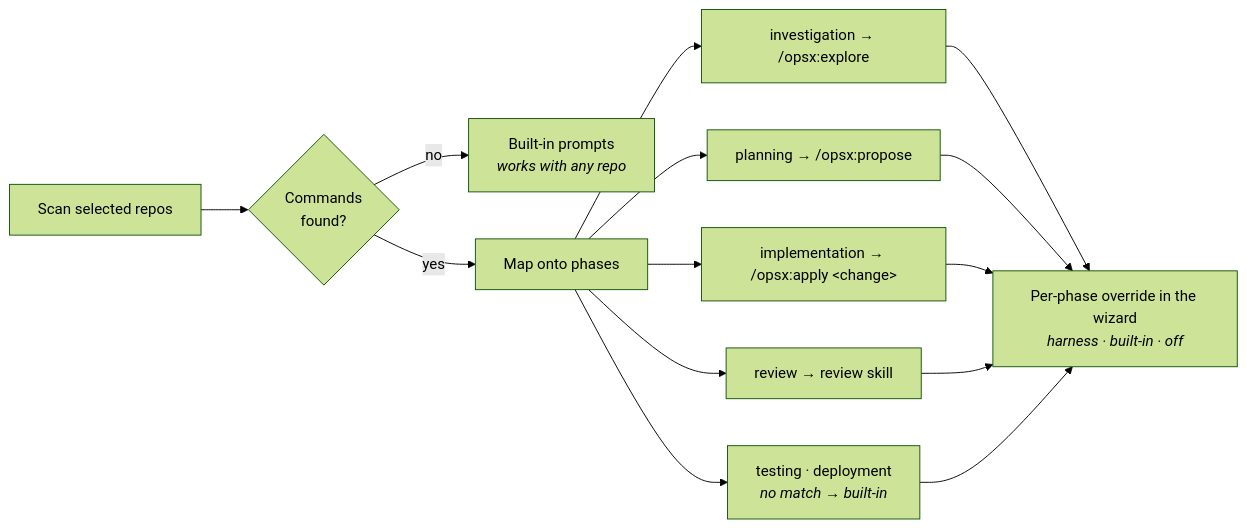
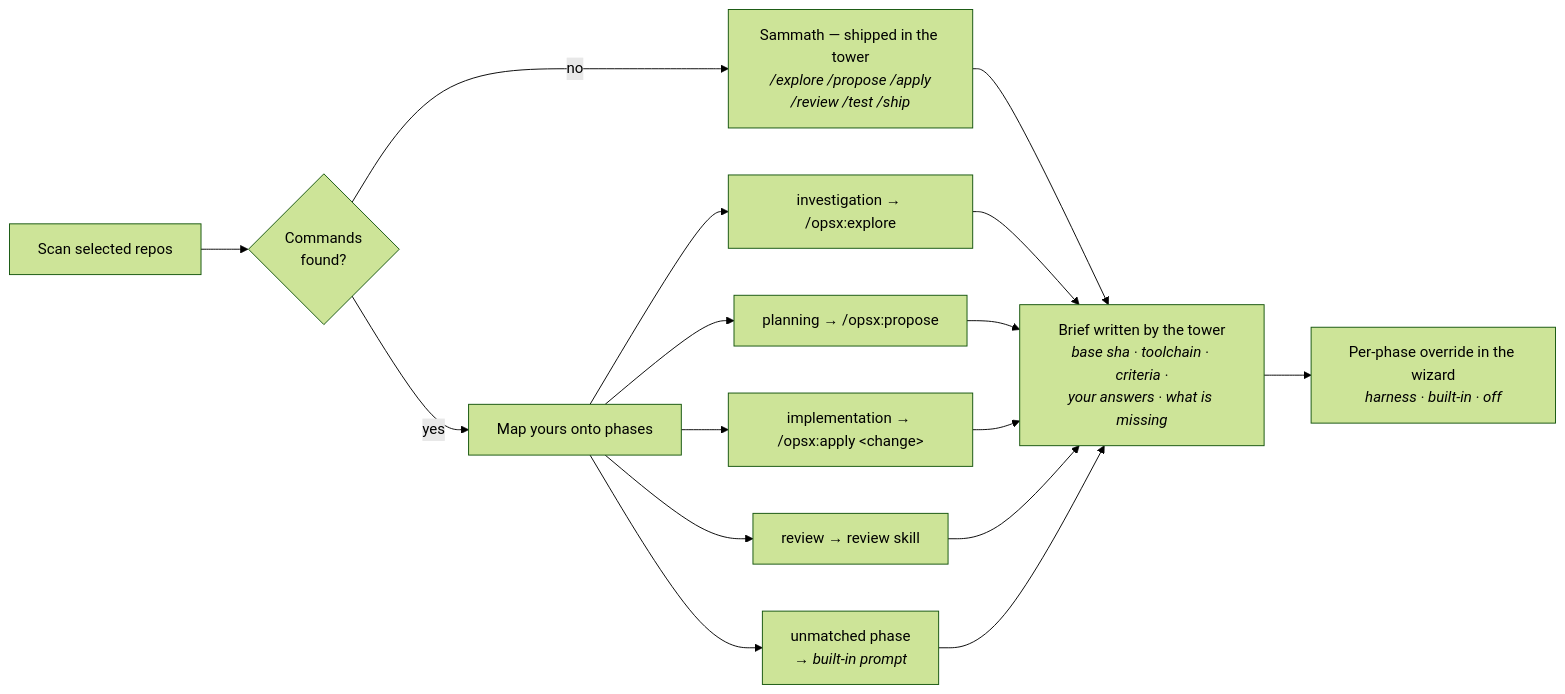
One commit to bl0rch1d/barad_dur changed the third of 3 diagrams in README.md. Above: the diagram before and after it, drawn with Mermaid (forest theme). The commit also changed other lines of this file and 6 other files, not shown here.

````diff
--- a/README.md
+++ b/README.md
@@ -289,14 +314,15 @@
 ```mermaid
 flowchart LR
     Scan["Scan selected repos"] --> Found{"Commands<br/>found?"}
-    Found -->|no| Builtin["Built-in prompts<br/><i>works with any repo</i>"]
-    Found -->|yes| Map["Map onto phases"]
+    Found -->|no| Sam["Sammath — shipped in the tower<br/><i>/explore /propose /apply<br/>/review /test /ship</i>"]
+    Found -->|yes| Map["Map yours onto phases"]
 
     Map --> I["investigation → /opsx:explore"]
     Map --> P["planning → /opsx:propose"]
     Map --> M["implementation → /opsx:apply &lt;change&gt;"]
     Map --> R["review → review skill"]
-    Map --> X["testing · deployment<br/><i>no match → built-in</i>"]
+    Map --> X["unmatched phase<br/><i>→ built-in prompt</i>"]
 
-    I & P & M & R & X --> Over["Per-phase override in the wizard<br/><i>harness · built-in · off</i>"]
+    Sam & I & P & M & R & X --> Brief["Brief written by the tower<br/><i>base sha · toolchain · criteria ·<br/>your answers · what is missing</i>"]
+    Brief --> Over["Per-phase override in the wizard<br/><i>harness · built-in · off</i>"]
 ```
````
